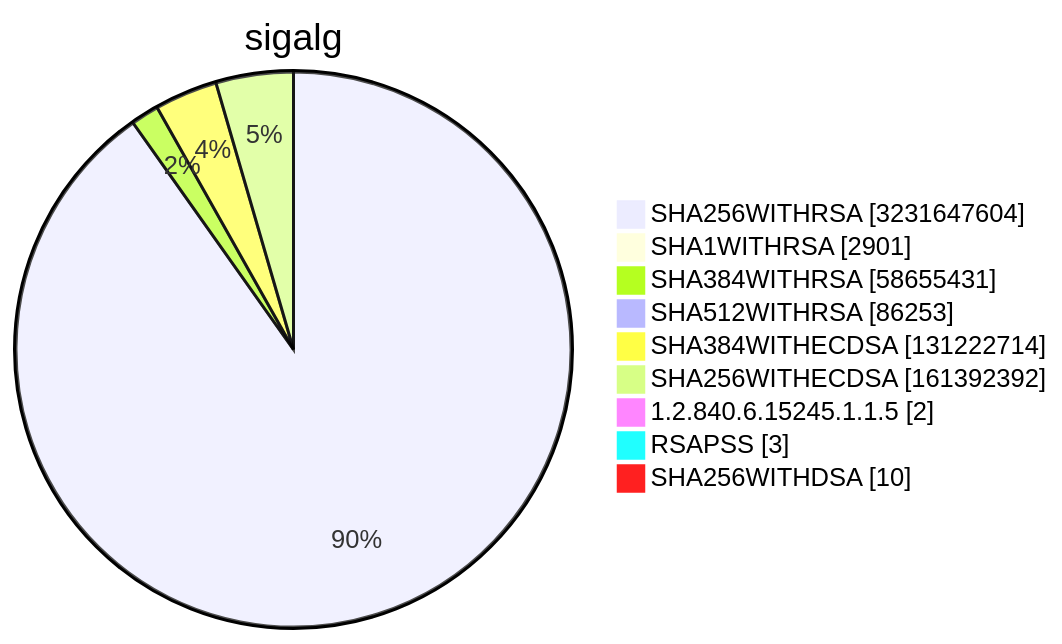
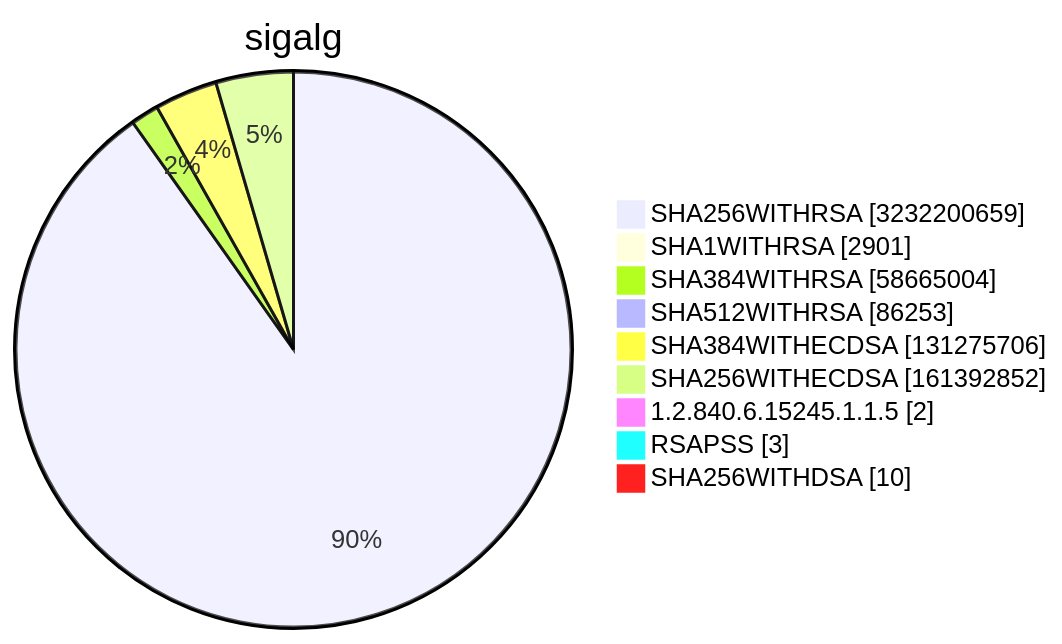
Before and after one commit to christiankrug/ctmonitor_visualization: diagram 15 of 15 in TOTAL/README.md, drawn with Mermaid. The commit also changed other lines of this file, not shown here.

````diff
--- a/TOTAL/README.md
+++ b/TOTAL/README.md
@@ -6217,13 +6217,13 @@
 ```mermaid
 pie showData
 title sigalg
-"SHA256WITHRSA" :3231647604
+"SHA256WITHRSA" :3232200659
 "SHA1WITHRSA" :2901
-"SHA384WITHRSA" :58655431
+"SHA384WITHRSA" :58665004
 "SHA512WITHRSA" :86253
-"SHA384WITHECDSA" :131222714
-"SHA256WITHECDSA" :161392392
+"SHA384WITHECDSA" :131275706
+"SHA256WITHECDSA" :161392852
 "1.2.840.6.15245.1.1.5" :2
 "RSAPSS" :3
 "SHA256WITHDSA" :10
 ```
````
